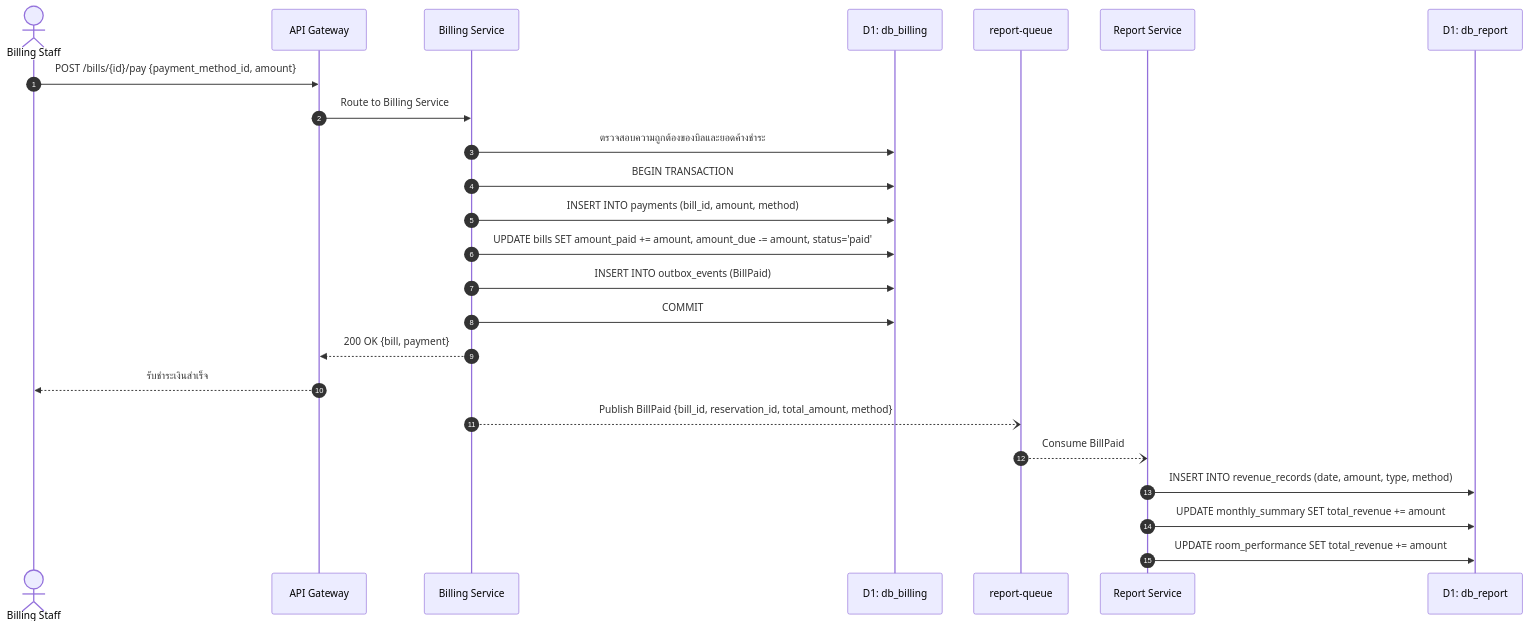
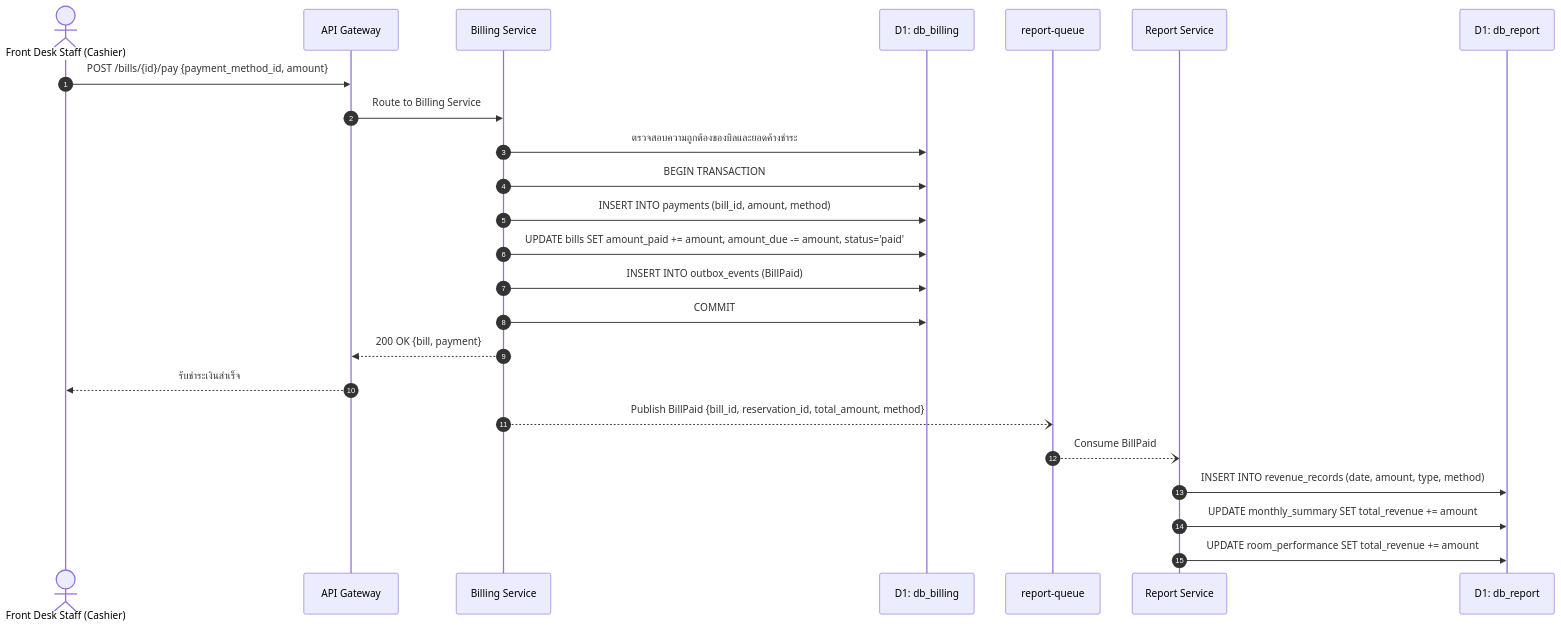
Before and after one commit to csi204/keystay: the ninth of 15 diagrams in README.md, drawn with Mermaid. The commit also changed other lines of this file and 6 other files, not shown here.

Commit message:
docs: combine Front Desk and Cashier roles and align scope with 5-10 room small hotel

````diff
--- a/README.md
+++ b/README.md
@@ -844,27 +843,27 @@
 ```mermaid
 sequenceDiagram
     autonumber
-    actor BS as Billing Staff
+    actor FD as Front Desk Staff (Cashier)
     participant GW as API Gateway
     participant BL as Billing Service
     participant DB_B as D1: db_billing
     participant Q3 as report-queue
     participant RP as Report Service
     participant DB_RP as D1: db_report
 
-    BS->>GW: POST /bills/{id}/pay {payment_method_id, amount}
+    FD->>GW: POST /bills/{id}/pay {payment_method_id, amount}
     GW->>BL: Route to Billing Service
     BL->>DB_B: ตรวจสอบความถูกต้องของบิลและยอดค้างชำระ
     BL->>DB_B: BEGIN TRANSACTION
     BL->>DB_B: INSERT INTO payments (bill_id, amount, method)
     BL->>DB_B: UPDATE bills SET amount_paid += amount, amount_due -= amount, status='paid'
     BL->>DB_B: INSERT INTO outbox_events (BillPaid)
     BL->>DB_B: COMMIT
     BL-->>GW: 200 OK {bill, payment}
-    GW-->>BS: รับชำระเงินสำเร็จ
+    GW-->>FD: รับชำระเงินสำเร็จ
     BL--)Q3: Publish BillPaid {bill_id, reservation_id, total_amount, method}
     Q3--)RP: Consume BillPaid
     RP->>DB_RP: INSERT INTO revenue_records (date, amount, type, method)
     RP->>DB_RP: UPDATE monthly_summary SET total_revenue += amount
     RP->>DB_RP: UPDATE room_performance SET total_revenue += amount
 ```
````
